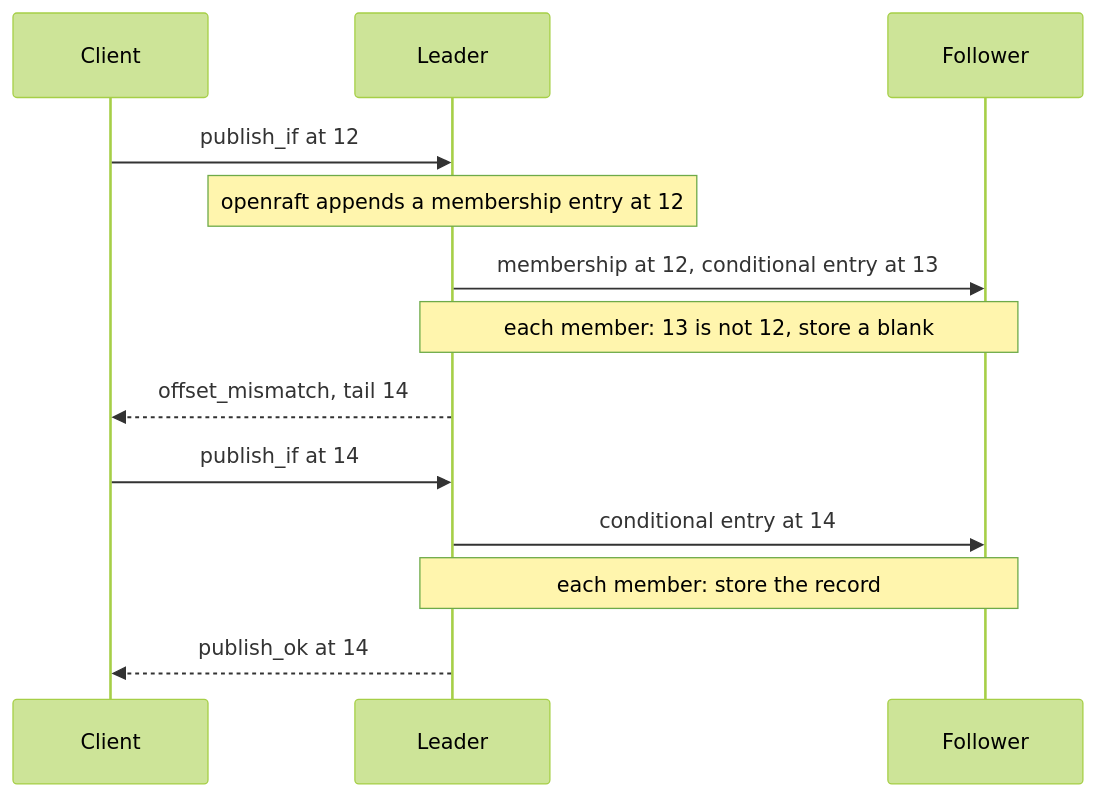
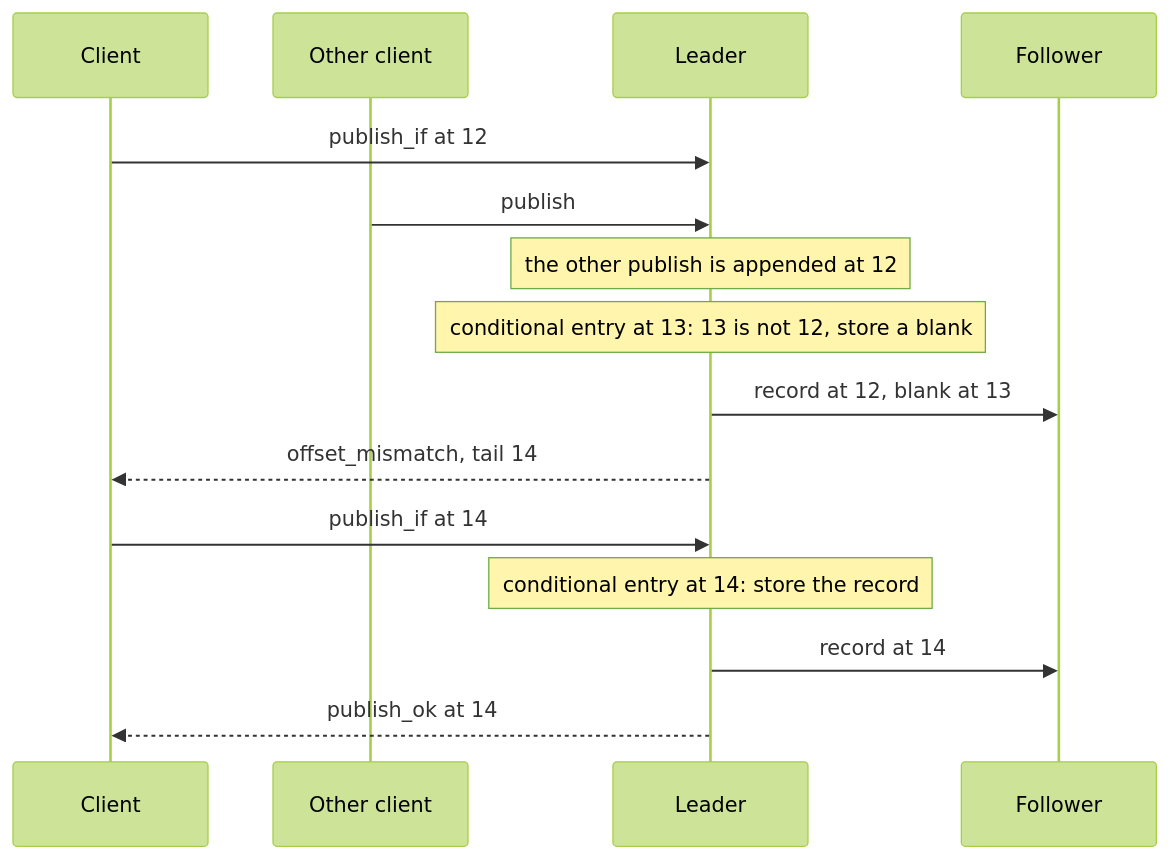
Before and after one commit to GetFelix/felix: the ninth of 12 diagrams in docs/per-shard-raft.md, drawn with Mermaid (forest theme). The commit also changed other lines of this file and 21 other files, not shown here.

````diff
--- a/docs/per-shard-raft.md
+++ b/docs/per-shard-raft.md
@@ -2818,15 +2823,17 @@
 ```mermaid
 sequenceDiagram
     participant C as Client
+    participant O as Other client
     participant L as Leader
     participant F as Follower
     C->>L: publish_if at 12
-    Note over L: openraft appends a membership entry at 12
-    L->>F: membership at 12, conditional entry at 13
-    Note over L,F: each member: 13 is not 12, store a blank
+    O->>L: publish
+    Note over L: the other publish is appended at 12
+    Note over L: conditional entry at 13: 13 is not 12, store a blank
+    L->>F: record at 12, blank at 13
     L-->>C: offset_mismatch, tail 14
     C->>L: publish_if at 14
-    L->>F: conditional entry at 14
-    Note over L,F: each member: store the record
+    Note over L: conditional entry at 14: store the record
+    L->>F: record at 14
     L-->>C: publish_ok at 14
 ```
````
